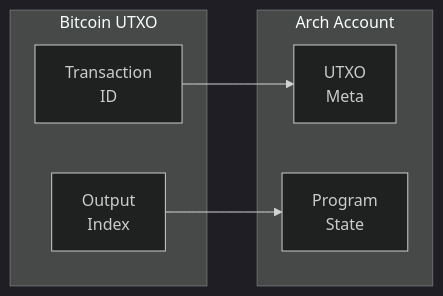
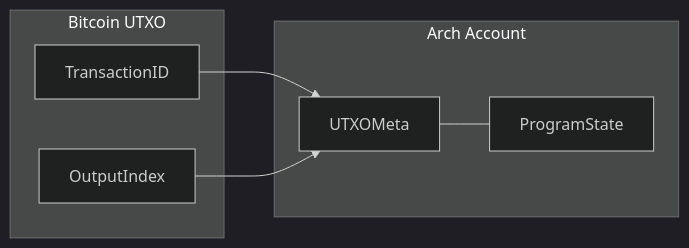
Before and after one commit to Arch-Network/book: the second of 4 diagrams in src/concepts/bitcoin-integration.md, drawn with Mermaid (dark theme).

Commit message:
Fix UTXO diagram

````diff
--- a/src/concepts/bitcoin-integration.md
+++ b/src/concepts/bitcoin-integration.md
@@ -36,15 +36,16 @@
 ```mermaid
 flowchart LR
     subgraph UTXO[Bitcoin UTXO]
-        TxID[Transaction\nID]
-        OutIdx[Output\nIndex]
+        TxID[TransactionID]
+        OutIdx[OutputIndex]
     end
 
     subgraph Account[Arch Account]
-        Meta[UTXO\nMeta]
-        State[Program\nState]
+        Meta[UTXOMeta]
+        State[ProgramState]
     end
 
     TxID --> Meta
-    OutIdx --> State
+    OutIdx --> Meta
+    Meta --- State
 ```
````
